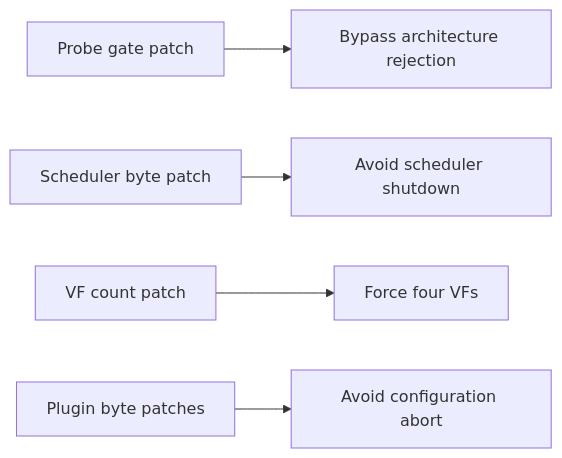
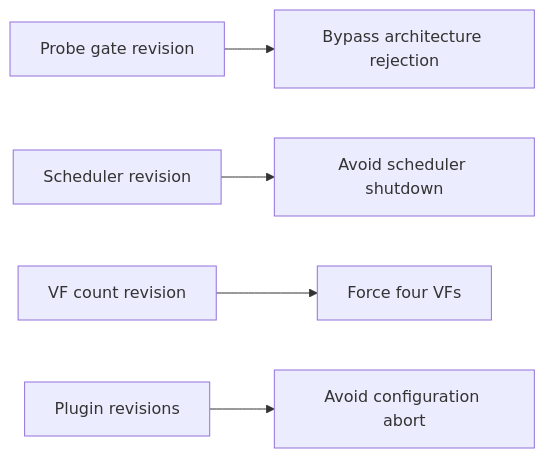
One commit to noon-at-cgn/geforce-sriov changed the third of 4 diagrams in docs/ada.md. Above: the diagram before and after it, drawn with Mermaid. The commit also changed other lines of this file and 86 other files, not shown here.

````diff
--- a/docs/ada.md
+++ b/docs/ada.md
@@ -139,7 +200,7 @@
 ```mermaid
 flowchart LR
-    probe["Probe gate patch"] --> architecture["Bypass architecture rejection"]
-    scheduler["Scheduler byte patch"] --> runlist["Avoid scheduler shutdown"]
-    count["VF count patch"] --> vfs["Force four VFs"]
-    plugin["Plugin byte patches"] --> configuration["Avoid configuration abort"]
+    probe["Probe gate revision"] --> architecture["Bypass architecture rejection"]
+    scheduler["Scheduler revision"] --> runlist["Avoid scheduler shutdown"]
+    count["VF count revision"] --> vfs["Force four VFs"]
+    plugin["Plugin revisions"] --> configuration["Avoid configuration abort"]
 ```
````
